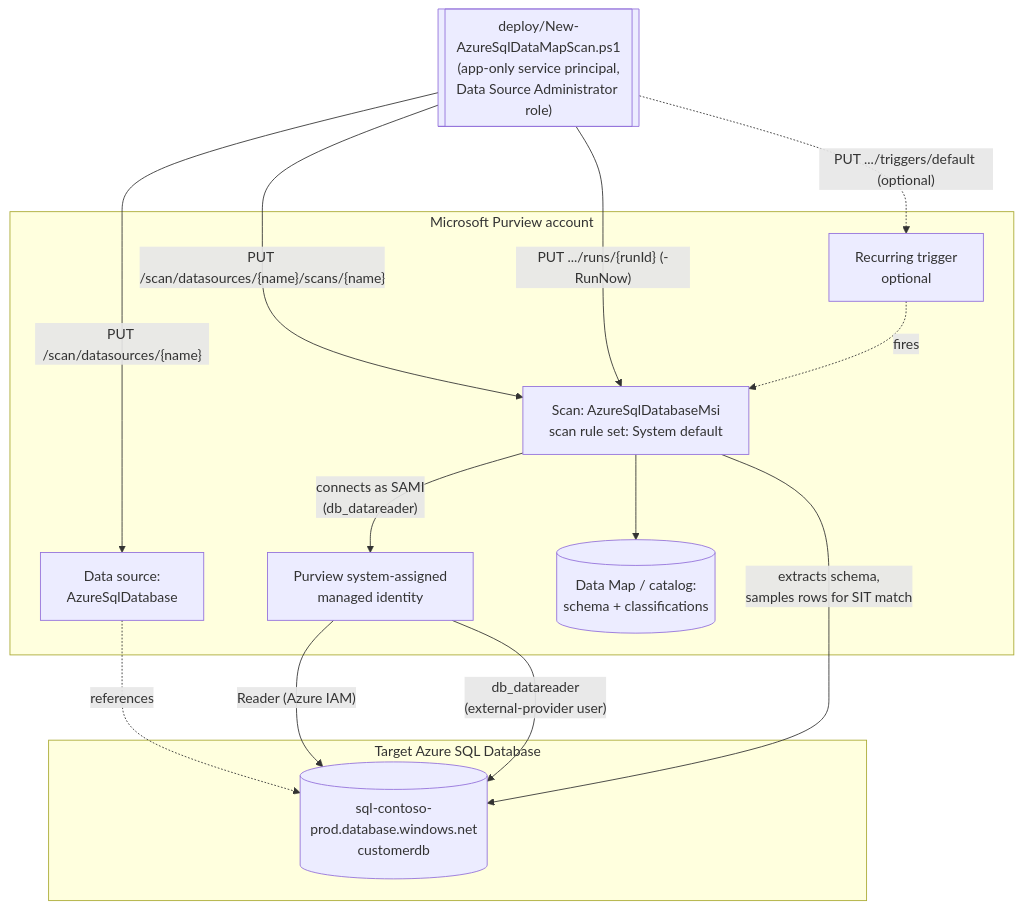
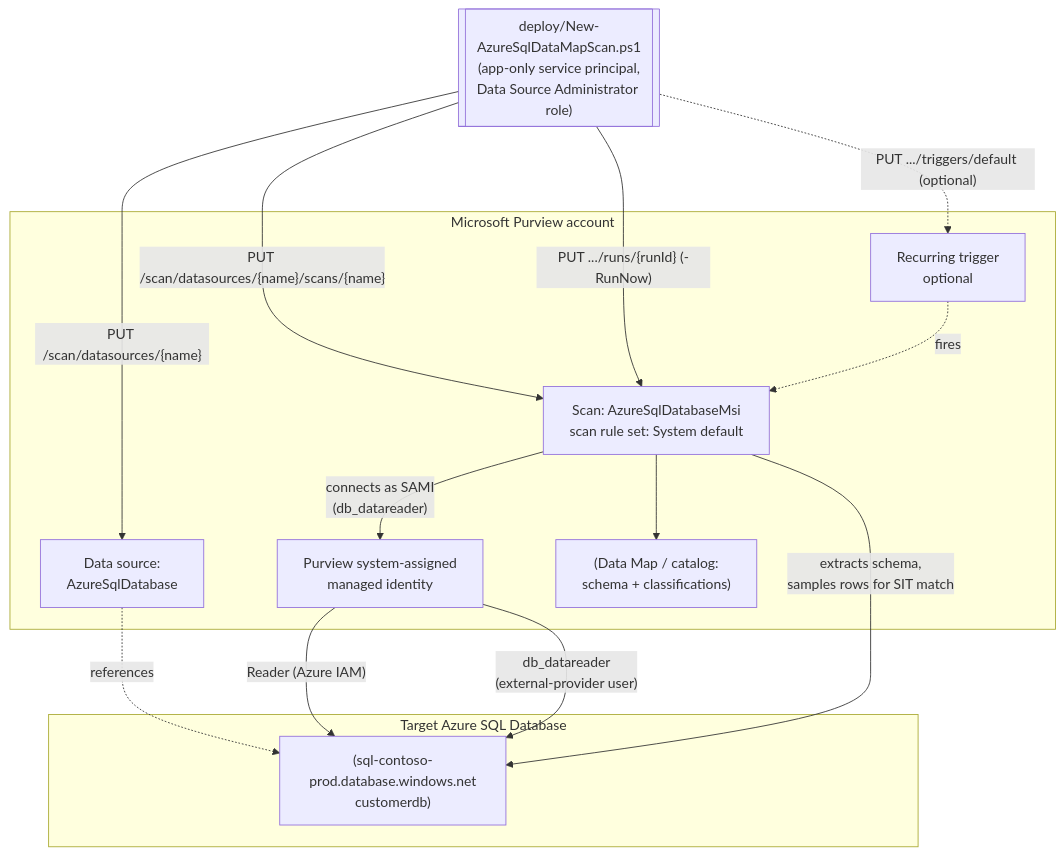
One commit to kpsec1/kpsec1.github.io changed the diagram in src/content/scenarios/data-map/scan-azure-sql-and-classify.md. Above: the diagram before and after it, drawn with Mermaid. The commit also changed 80 other files, not shown here.

First line of the commit message:
Fix Mermaid diagram rendering across all scenarios

````diff
--- a/src/content/scenarios/data-map/scan-azure-sql-and-classify.md
+++ b/src/content/scenarios/data-map/scan-azure-sql-and-classify.md
@@ -70,29 +70,29 @@
 ```mermaid
 flowchart TD
     subgraph Azure["Target Azure SQL Database"]
-        SQL[(sql-contoso-prod.database.windows.net<br/>customerdb)]
+        SQL["(sql-contoso-prod.database.windows.net<br/>customerdb)"]
     end
 
     subgraph Purview["Microsoft Purview account"]
         SAMI[Purview system-assigned<br/>managed identity]
         DS[Data source:<br/>AzureSqlDatabase]
         Scan["Scan: AzureSqlDatabaseMsi<br/>scan rule set: System default"]
         Trigger[Recurring trigger<br/>optional]
-        DataMap[(Data Map / catalog:<br/>schema + classifications)]
+        DataMap["(Data Map / catalog:<br/>schema + classifications)"]
     end
 
     Deployer[["deploy/New-AzureSqlDataMapScan.ps1<br/>(app-only service principal,<br/>Data Source Administrator role)"]]
 
     Deployer -- "PUT /scan/datasources/{name}" --> DS
     Deployer -- "PUT /scan/datasources/{name}/scans/{name}" --> Scan
     Deployer -. "PUT .../triggers/default (optional)" .-> Trigger
     Deployer -- "PUT .../runs/{runId} (-RunNow)" --> Scan
 
     DS -.->|references| SQL
     Scan -- "connects as SAMI<br/>(db_datareader)" --> SAMI
     SAMI -- "Reader (Azure IAM)" --> SQL
     SAMI -- "db_datareader<br/>(external-provider user)" --> SQL
     Scan -- "extracts schema,<br/>samples rows for SIT match" --> SQL
     Scan --> DataMap
     Trigger -.->|fires| Scan
 ```
````
